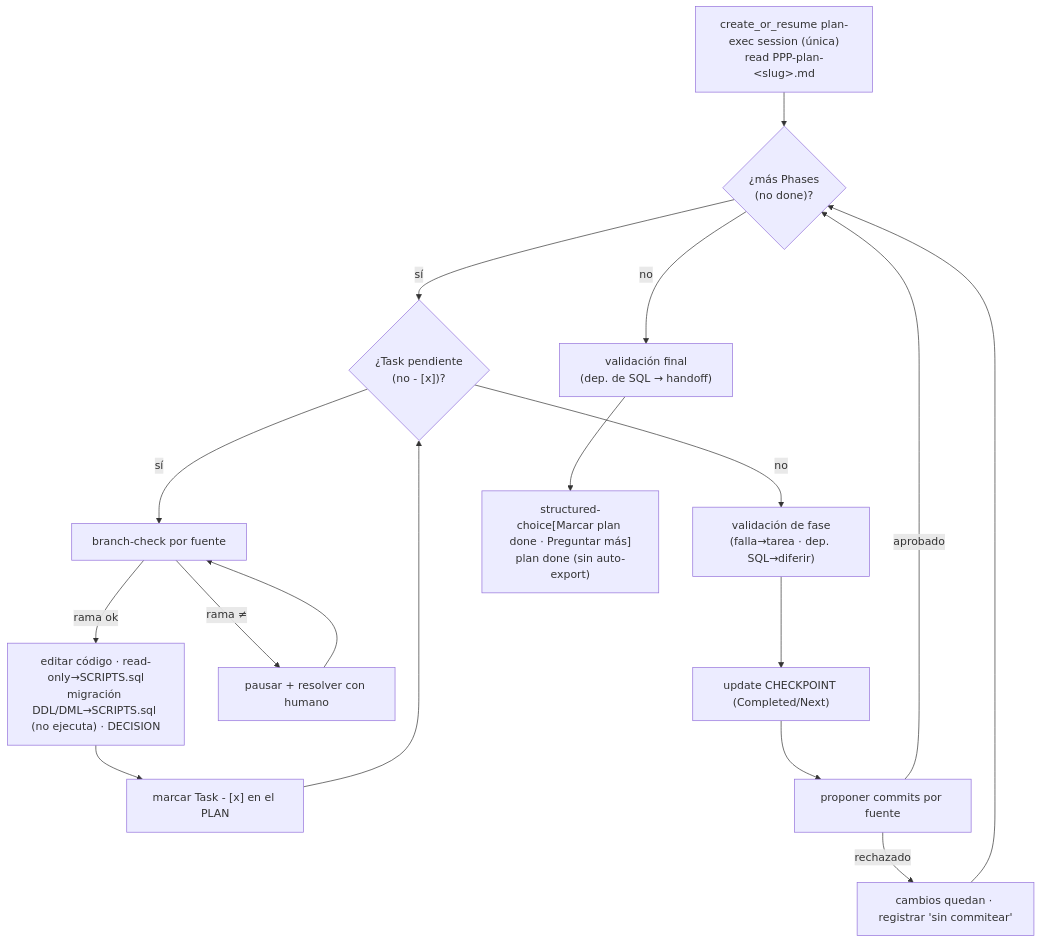
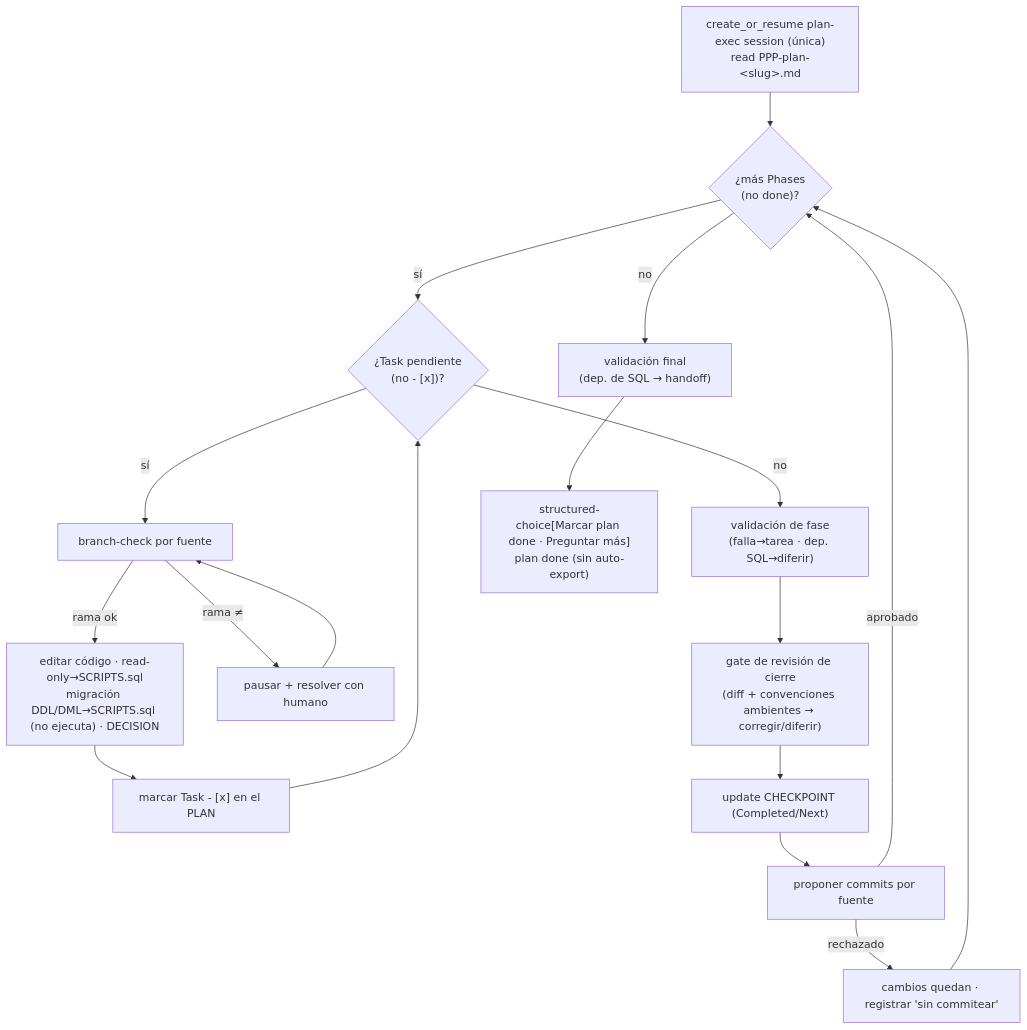
One commit to Tacuchi/agent-workflow-cli changed the diagram in skills/w/loops/plan-exec-loop/SKILL.md. Above: the diagram before and after it, drawn with Mermaid. The commit also changed other lines of this file and 8 other files, not shown here.

Commit message:
feat(bundle): gate de revisión de cierre pre-commit en plan-exec-loop/quick-loop (bundle w 9.6.0)

````diff
--- a/skills/w/loops/plan-exec-loop/SKILL.md
+++ b/skills/w/loops/plan-exec-loop/SKILL.md
@@ -140,19 +157,20 @@
 ```mermaid
 flowchart TD
     S["create_or_resume plan-exec session (única)<br/>read PPP-plan-&lt;slug&gt;.md"] --> P{"¿más Phases<br/>(no done)?"}
     P -->|no| V2["validación final<br/>(dep. de SQL → handoff)"]
     P -->|sí| T{"¿Task pendiente<br/>(no - [x])?"}
     T -->|sí| G["branch-check por fuente"]
     G -->|rama ok| DO["editar código · read-only→SCRIPTS.sql<br/>migración DDL/DML→SCRIPTS.sql (no ejecuta) · DECISION"]
     G -->|rama ≠| PA["pausar + resolver con humano"]
     PA --> G
     DO --> MK["marcar Task - [x] en el PLAN"]
     MK --> T
     T -->|no| VP["validación de fase<br/>(falla→tarea · dep. SQL→diferir)"]
-    VP --> CK["update CHECKPOINT (Completed/Next)"]
+    VP --> RV["gate de revisión de cierre<br/>(diff + convenciones ambientes → corregir/diferir)"]
+    RV --> CK["update CHECKPOINT (Completed/Next)"]
     CK --> CM["proponer commits por fuente"]
     CM -->|aprobado| P
     CM -->|rechazado| RJ["cambios quedan · registrar 'sin commitear'"]
     RJ --> P
     V2 --> FIN["structured-choice[Marcar plan done · Preguntar más]<br/>plan done (sin auto-export)"]
 ```
````
